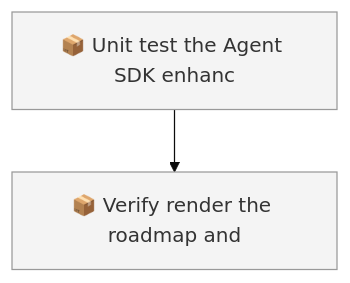
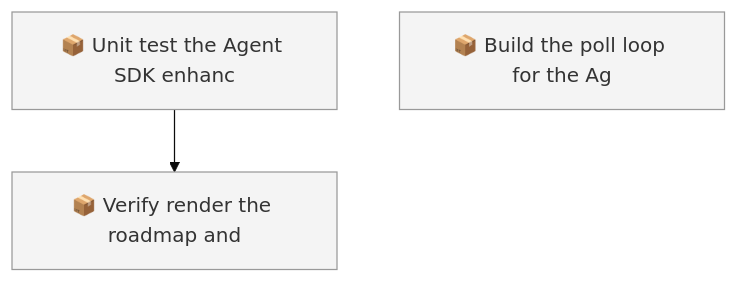
Before and after one commit to RichardHightower/reliable-agentic-lab: the first of 2 diagrams in docs/roadmap.md, drawn with Mermaid (base theme). The commit also changed other lines of this file and 12 other files, not shown here.

````diff
--- a/docs/roadmap.md
+++ b/docs/roadmap.md
@@ -39,8 +45,9 @@
 ```mermaid
 graph TD
     01M122KB0K47AMZ4F3NJ3GWW9A["📦 Unit test the Agent SDK enhanc"]
     01M122KB125759RRT2WAEAS246["📦 Verify render the roadmap and"]
+    01M124VFGPB0BAR9A251T7VA6W["📦 Build the poll loop for the Ag"]
     01M122KB0K47AMZ4F3NJ3GWW9A --> 01M122KB125759RRT2WAEAS246
     classDef todo fill:#f4f4f4,stroke:#999999
-    class 01M122KB0K47AMZ4F3NJ3GWW9A,01M122KB125759RRT2WAEAS246 todo
+    class 01M122KB0K47AMZ4F3NJ3GWW9A,01M122KB125759RRT2WAEAS246,01M124VFGPB0BAR9A251T7VA6W todo
 ```
````
